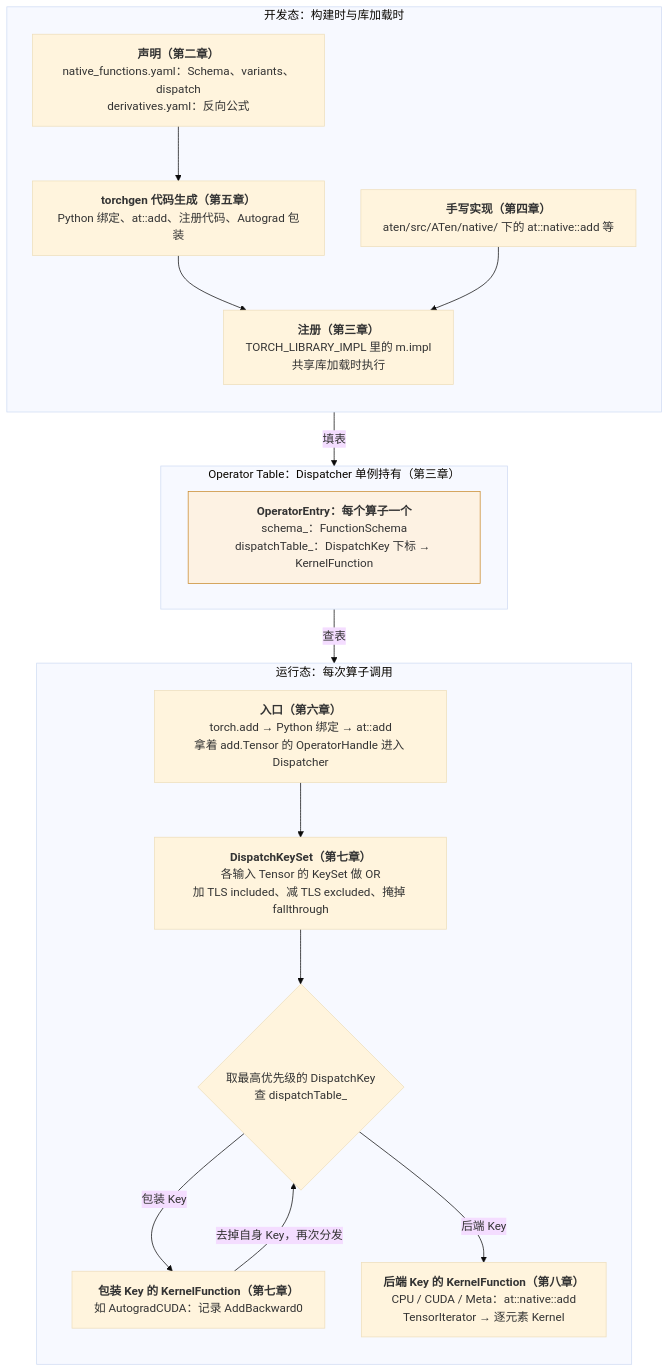
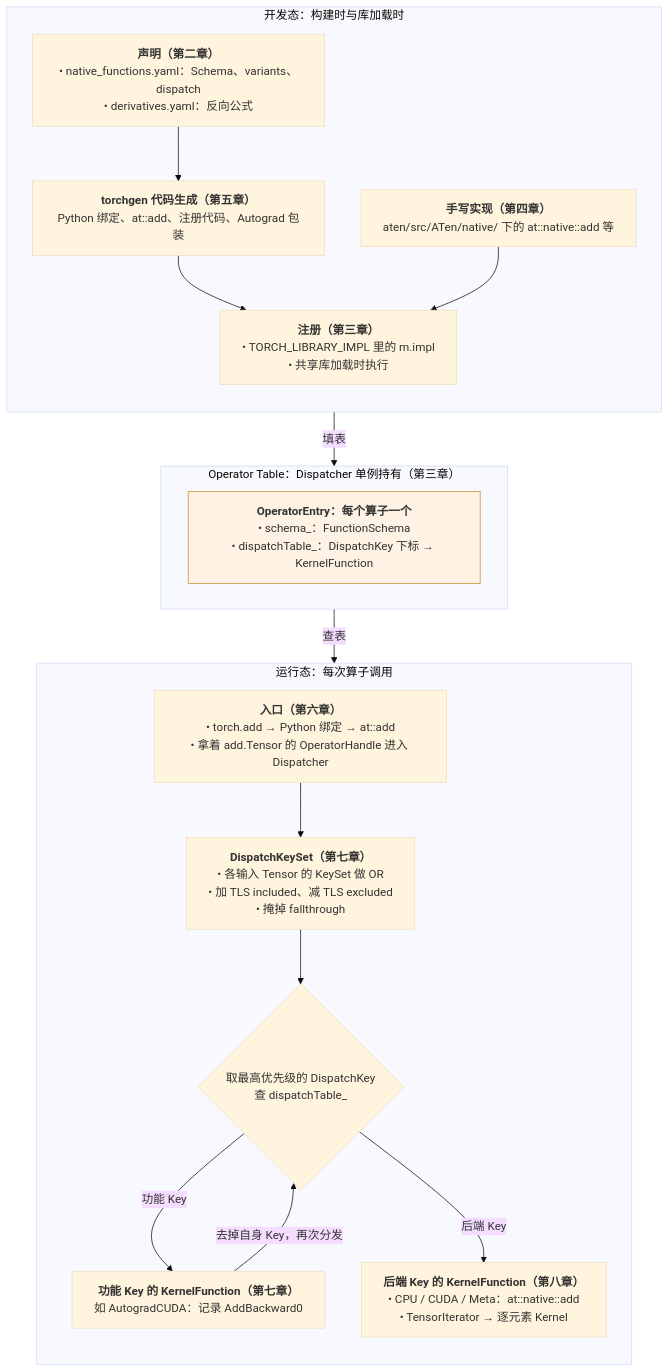
One commit to arganzheng/arganzheng.github.com changed the first of 6 diagrams in _posts/2026-02-21-pytorch-dispatcher-and-operator-system.md. Above: the diagram before and after it, drawn with Mermaid (base theme). The commit also changed other lines of this file and 4 other files, not shown here.

First line of the commit message:
PyTorch Dispatcher 与算子系统：按 17 条划线评论修改（Discussion #369）

````diff
--- a/_posts/2026-02-21-pytorch-dispatcher-and-operator-system.md
+++ b/_posts/2026-02-21-pytorch-dispatcher-and-operator-system.md
@@ -29,33 +29,33 @@
 ```mermaid
 %%{init: {"flowchart": {"wrappingWidth": 340}}}%%
 %% 图：算子系统总览：开发态经 torchgen 把实现填进 OperatorEntry，运行态用 DispatchKeySet 从同一张表里查出 KernelFunction
 flowchart TB
     subgraph DEV["开发态：构建时与库加载时"]
         direction TB
-        DECL["<b>声明（第二章）</b><br/>native_functions.yaml：Schema、variants、dispatch<br/>derivatives.yaml：反向公式"]
+        DECL["<b>声明（第二章）</b><br/>• native_functions.yaml：Schema、variants、dispatch<br/>• derivatives.yaml：反向公式"]
         TG["<b>torchgen 代码生成（第五章）</b><br/>Python 绑定、at::add、注册代码、Autograd 包装"]
         IMPL["<b>手写实现（第四章）</b><br/>aten/src/ATen/native/ 下的 at::native::add 等"]
-        REG["<b>注册（第三章）</b><br/>TORCH_LIBRARY_IMPL 里的 m.impl<br/>共享库加载时执行"]
+        REG["<b>注册（第三章）</b><br/>• TORCH_LIBRARY_IMPL 里的 m.impl<br/>• 共享库加载时执行"]
         DECL --> TG --> REG
         IMPL --> REG
     end
     subgraph TABLE["Operator Table：Dispatcher 单例持有（第三章）"]
-        OE["<b>OperatorEntry：每个算子一个</b><br/>schema_：FunctionSchema<br/>dispatchTable_：DispatchKey 下标 → KernelFunction"]
+        OE["<b>OperatorEntry：每个算子一个</b><br/>• schema_：FunctionSchema<br/>• dispatchTable_：DispatchKey 下标 → KernelFunction"]
     end
     subgraph RUN["运行态：每次算子调用"]
         direction TB
-        ENTRY["<b>入口（第六章）</b><br/>torch.add → Python 绑定 → at::add<br/>拿着 add.Tensor 的 OperatorHandle 进入 Dispatcher"]
-        KS["<b>DispatchKeySet（第七章）</b><br/>各输入 Tensor 的 KeySet 做 OR<br/>加 TLS included、减 TLS excluded、掩掉 fallthrough"]
+        ENTRY["<b>入口（第六章）</b><br/>• torch.add → Python 绑定 → at::add<br/>• 拿着 add.Tensor 的 OperatorHandle 进入 Dispatcher"]
+        KS["<b>DispatchKeySet（第七章）</b><br/>• 各输入 Tensor 的 KeySet 做 OR<br/>• 加 TLS included、减 TLS excluded<br/>• 掩掉 fallthrough"]
         PICK{"取最高优先级的 DispatchKey<br/>查 dispatchTable_"}
-        WRAP["<b>包装 Key 的 KernelFunction（第七章）</b><br/>如 AutogradCUDA：记录 AddBackward0"]
-        BACK["<b>后端 Key 的 KernelFunction（第八章）</b><br/>CPU / CUDA / Meta：at::native::add<br/>TensorIterator → 逐元素 Kernel"]
+        WRAP["<b>功能 Key 的 KernelFunction（第七章）</b><br/>如 AutogradCUDA：记录 AddBackward0"]
+        BACK["<b>后端 Key 的 KernelFunction（第八章）</b><br/>• CPU / CUDA / Meta：at::native::add<br/>• TensorIterator → 逐元素 Kernel"]
         ENTRY --> KS --> PICK
-        PICK -- "包装 Key" --> WRAP
+        PICK -- "功能 Key" --> WRAP
         WRAP -- "去掉自身 Key，再次分发" --> PICK
         PICK -- "后端 Key" --> BACK
     end
     DEV -- "填表" --> TABLE
     TABLE -- "查表" --> RUN
     classDef table fill:#fdf2e3,stroke:#c98a2b;
     class OE table;
 ```
````
